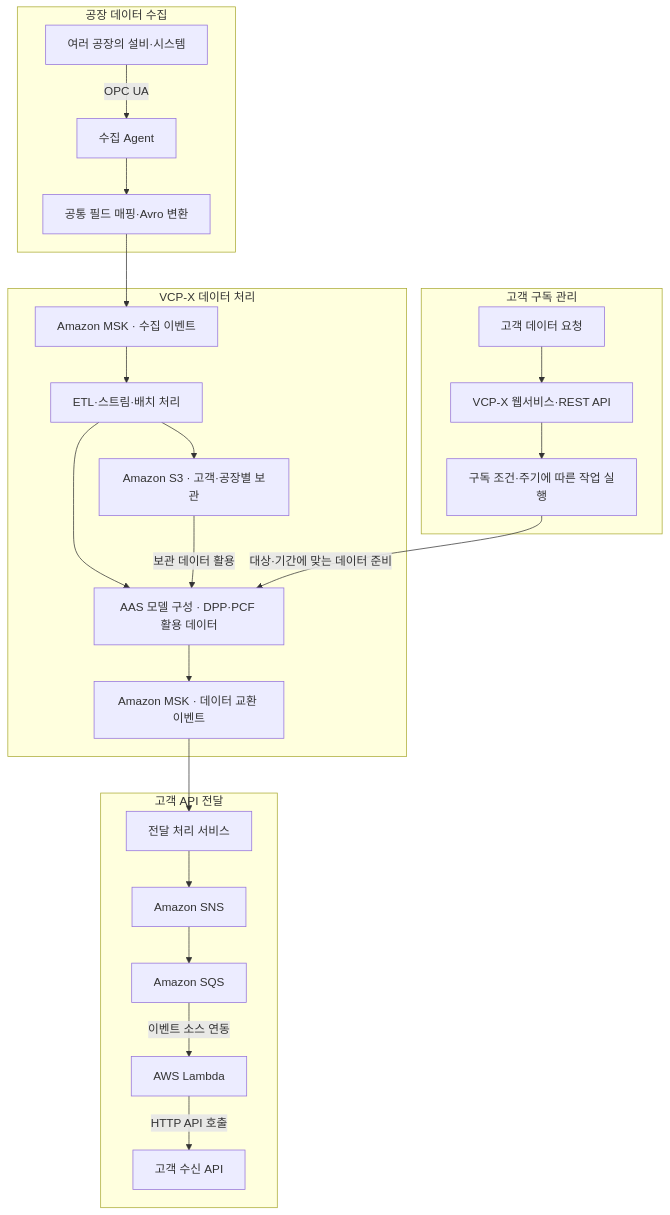
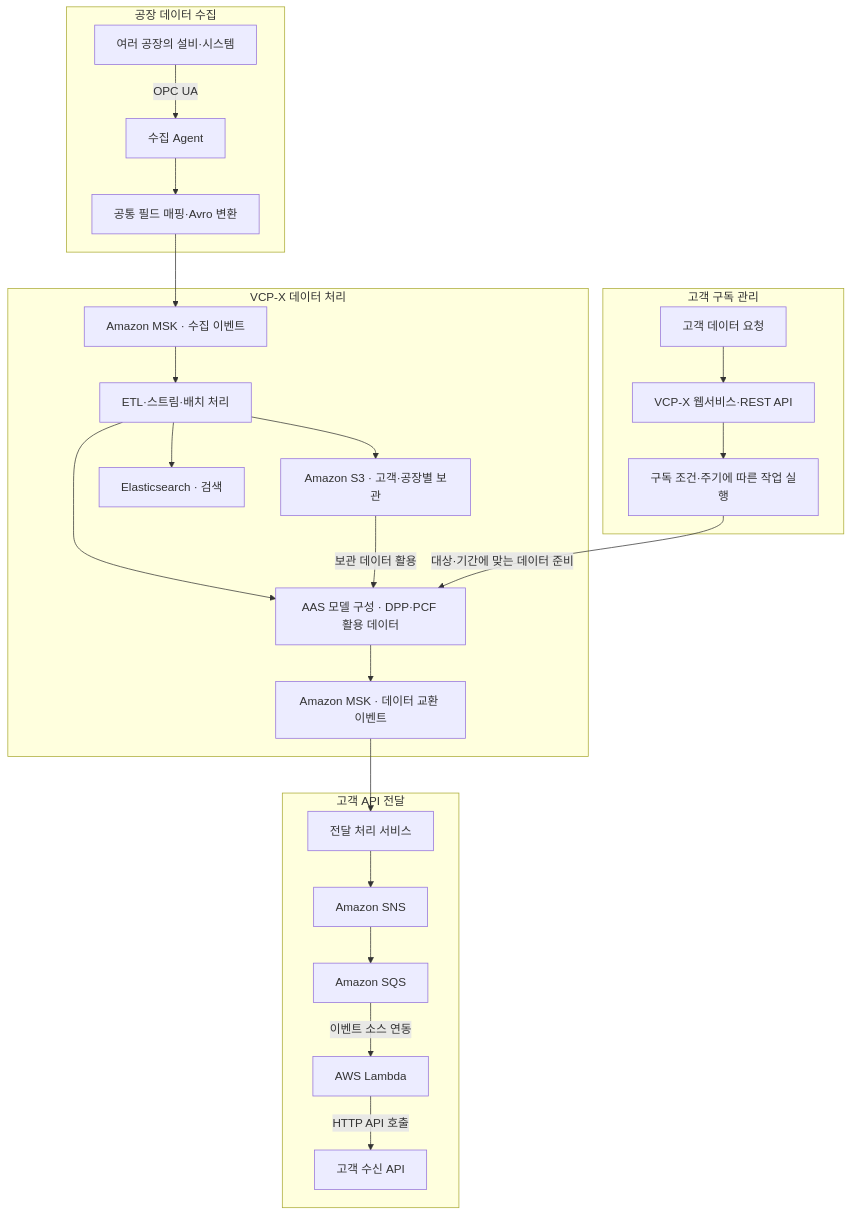
Before and after one commit to CodeHymm/vcp_data_platform: the first of 2 diagrams in README.md, drawn with Mermaid. The commit also changed other lines of this file, not shown here.

````diff
--- a/README.md
+++ b/README.md
@@ -16,47 +25,49 @@
 ```mermaid
 flowchart TD
     subgraph SOURCE["공장 데이터 수집"]
         FACTORY["여러 공장의 설비·시스템"]
         AGENT["수집 Agent"]
         NORMALIZE["공통 필드 매핑·Avro 변환"]
         FACTORY -->|OPC UA| AGENT
         AGENT --> NORMALIZE
     end
 
     subgraph PLATFORM["VCP-X 데이터 처리"]
         INGEST["Amazon MSK · 수집 이벤트"]
         PROCESS["ETL·스트림·배치 처리"]
         STORAGE["Amazon S3 · 고객·공장별 보관"]
+        SEARCH["Elasticsearch · 검색"]
         AAS["AAS 모델 구성 · DPP·PCF 활용 데이터"]
         EXCHANGE["Amazon MSK · 데이터 교환 이벤트"]
         INGEST --> PROCESS
         PROCESS --> STORAGE
+        PROCESS --> SEARCH
         PROCESS --> AAS
         STORAGE -->|보관 데이터 활용| AAS
         AAS --> EXCHANGE
     end
 
     subgraph SUBSCRIPTION["고객 구독 관리"]
         REQUEST["고객 데이터 요청"]
         API["VCP-X 웹서비스·REST API"]
         JOB["구독 조건·주기에 따른 작업 실행"]
         REQUEST --> API
         API --> JOB
     end
 
     subgraph DELIVERY["고객 API 전달"]
         DISPATCH["전달 처리 서비스"]
         SNS["Amazon SNS"]
         SQS["Amazon SQS"]
         LAMBDA["AWS Lambda"]
         RECEIVER["고객 수신 API"]
         DISPATCH --> SNS
         SNS --> SQS
         SQS -->|이벤트 소스 연동| LAMBDA
         LAMBDA -->|HTTP API 호출| RECEIVER
     end
 
     NORMALIZE --> INGEST
     JOB -->|대상·기간에 맞는 데이터 준비| AAS
     EXCHANGE --> DISPATCH
 ```
````
